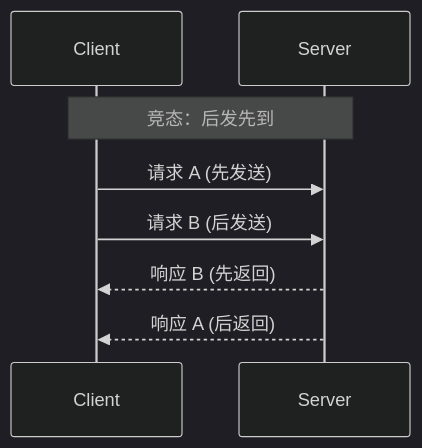
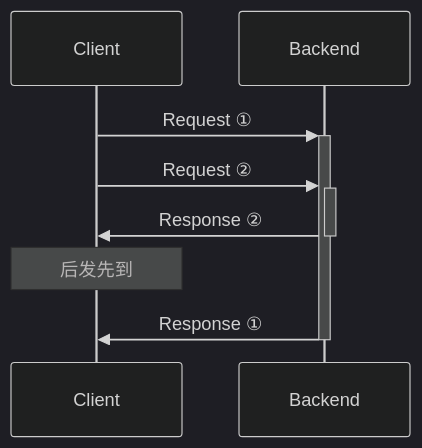
Before and after one commit to zthxxx/slides: the second of 2 diagrams in present/pipeline-in-rxjs/slides.md, drawn with Mermaid (dark theme). The commit also changed other lines of this file and 2 other files, not shown here.

````diff
--- a/present/pipeline-in-rxjs/slides.md
+++ b/present/pipeline-in-rxjs/slides.md
@@ -460,10 +462,8 @@
 ```mermaid  {scale: 1}
 sequenceDiagram
-    participant Client
-    participant Server
-    Note over Client,Server: 竞态：后发先到
-    Client->>Server: 请求 A (先发送)
-    Client->>Server: 请求 B (后发送)
-    Server-->>Client: 响应 B (先返回)
-    Server-->>Client: 响应 A (后返回)
+    Client ->>+ Backend: Request ①
+    Client ->>+ Backend: Request ②
+    Backend ->>- Client: Response ②
+    Note over Client: 后发先到
+    Backend ->>- Client: Response ①
 ```
````
